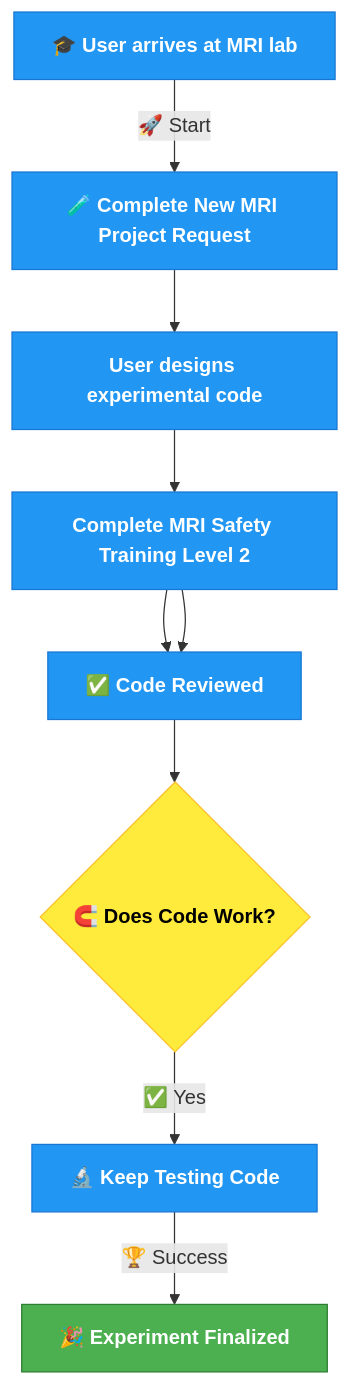
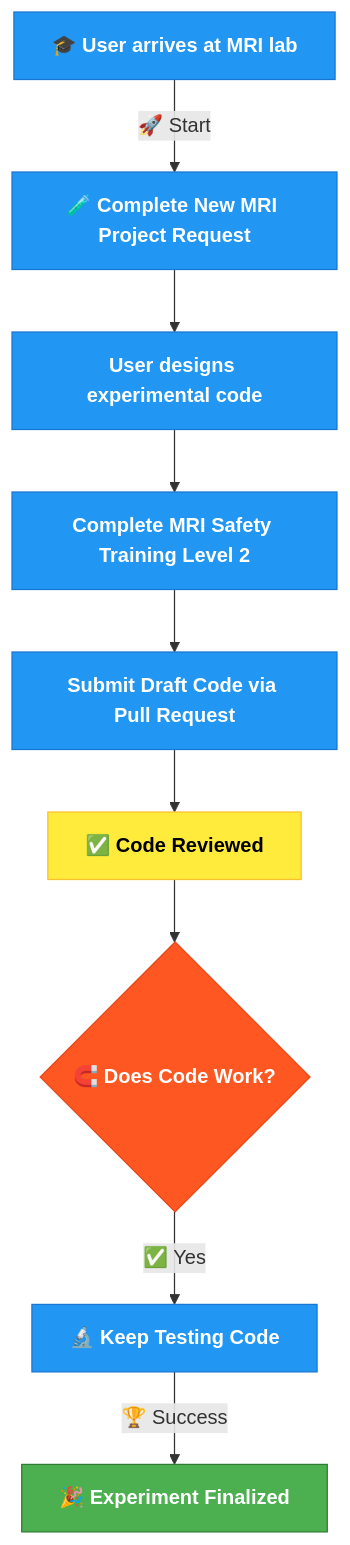
The diagram in docs/source/1-lab_overview/3-process_diagram.rst (BioMedicalImaging-Core-NYUAD/brainimaging-lab-documentation), drawn with Mermaid before and after one commit.

Commit message:
added link

```diff
--- a/docs/source/1-lab_overview/3-process_diagram.rst
+++ b/docs/source/1-lab_overview/3-process_diagram.rst
@@ -9,26 +9,26 @@
 .. mermaid::
 
     graph TD;
         A[🎓 <b>User arrives at MRI lab</b>] -->|🚀 Start| B[🧪 <b>Complete New MRI Project Request</b>];
         B --> C[<b>User designs experimental code</b>];
         C --> D[<b>Complete MRI Safety Training Level 2</b>];
         D --> E[<b>Submit Draft Code via Pull Request</b>];
-        D --> E[✅ <b>Code Reviewed</b>];
-        E --> F{🧲️ <b>Does Code Work?</b>};
-        F --✅ Yes --> H[🔬 <b>Keep Testing Code</b>];
+        E --> F[✅ <b>Code Reviewed</b>];
+        F --> G{🧲️ <b>Does Code Work?</b>};
+        G --✅ Yes --> H[🔬 <b>Keep Testing Code</b>];
         H -->|🏆 Success| I[🎉 <b>Experiment Finalized</b>];
 
         %% Clickable Node for GitHub PR
         click B "https://drive.google.com/file/d/10Py1KSAsktpCjU6c3lLuWLqVL2a5ofee/view?usp=drive_link"
         click D "https://app.imagingu.com/courses/personnel-group-ii-yearly"
 
         %% Style Definitions
         classDef success fill:#4CAF50,stroke:#2E7D32,color:#fff;
         classDef decision fill:#FFEB3B,stroke:#FBC02D,color:#000;
         classDef process fill:#2196F3,stroke:#1976D2,color:#fff;
         classDef warning fill:#FF5722,stroke:#E64A19,color:#fff;
 
         class A,B,C,D,E,H process;
         class F decision;
         class G warning;
         class I success;
```
